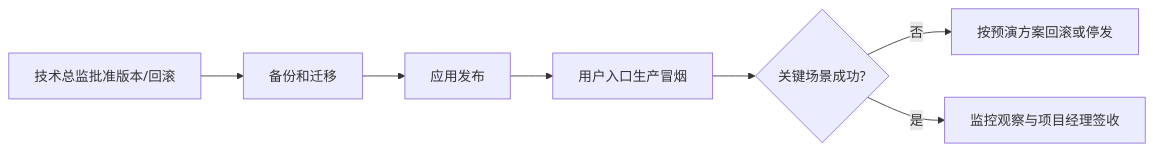
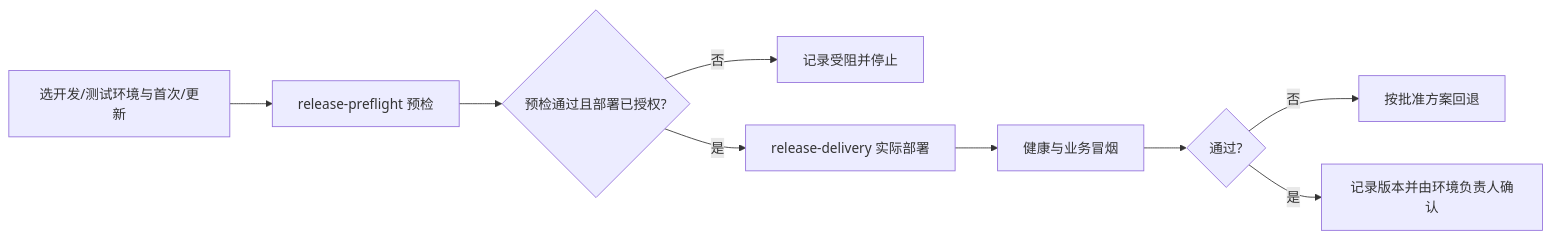
Before and after one commit to wamper64/dev-workflow: the diagram in skills/release-delivery/SKILL.md, drawn with Mermaid. The commit also changed other lines of this file, not shown here.

````diff
--- a/skills/release-delivery/SKILL.md
+++ b/skills/release-delivery/SKILL.md
@@ -52,9 +53,11 @@
 ```mermaid
 flowchart LR
-  A[技术总监批准版本/回滚] --> B[备份和迁移]
-  B --> C[应用发布]
-  C --> D[用户入口生产冒烟]
-  D --> E{关键场景成功?}
-  E -- 否 --> F[按预演方案回滚或停发]
-  E -- 是 --> G[监控观察与项目经理签收]
+  A[选开发/测试环境与首次/更新] --> B[release-preflight 预检]
+  B --> C{预检通过且部署已授权?}
+  C -- 否 --> D[记录受阻并停止]
+  C -- 是 --> E[release-delivery 实际部署]
+  E --> F[健康与业务冒烟]
+  F --> G{通过?}
+  G -- 否 --> H[按批准方案回退]
+  G -- 是 --> I[记录版本并由环境负责人确认]
 ```
````
